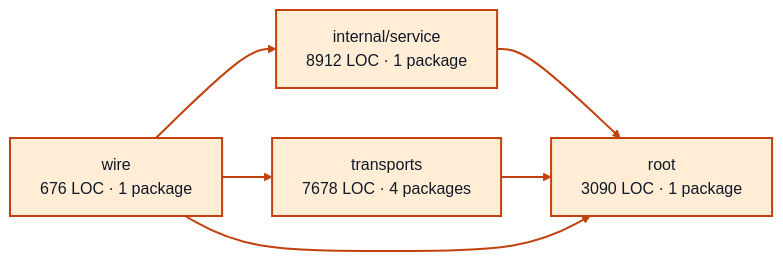
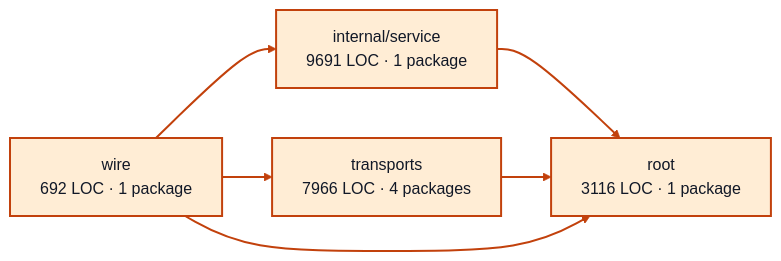
One commit to portpowered/you-agent-factory changed the diagram in docs/architecture/visualizations/services/worker_sessions.md. Above: the diagram before and after it, drawn with Mermaid (base theme). The commit also changed other lines of this file and 20 other files, not shown here.

Commit message:
docs: refresh backend architecture visualizations

````diff
--- a/docs/architecture/visualizations/services/worker_sessions.md
+++ b/docs/architecture/visualizations/services/worker_sessions.md
@@ -11,17 +11,17 @@
 ```mermaid
 flowchart LR
-  p0["internal/service<br/>8912 LOC · 1 package"]
-  p1["root<br/>3090 LOC · 1 package"]
-  p2["transports<br/>7678 LOC · 4 packages"]
-  p3["wire<br/>676 LOC · 1 package"]
+  p0["internal/service<br/>9691 LOC · 1 package"]
+  p1["root<br/>3116 LOC · 1 package"]
+  p2["transports<br/>7966 LOC · 4 packages"]
+  p3["wire<br/>692 LOC · 1 package"]
   p0 --> p1
   p2 --> p1
   p3 --> p0
   p3 --> p1
   p3 --> p2
   style p0 fill:#ffedd5,stroke:#c2410c,stroke-width:2px,color:#111827
   style p1 fill:#ffedd5,stroke:#c2410c,stroke-width:2px,color:#111827
   style p2 fill:#ffedd5,stroke:#c2410c,stroke-width:2px,color:#111827
   style p3 fill:#ffedd5,stroke:#c2410c,stroke-width:2px,color:#111827
   linkStyle default stroke:#c2410c,stroke-width:2px
 ```
````
